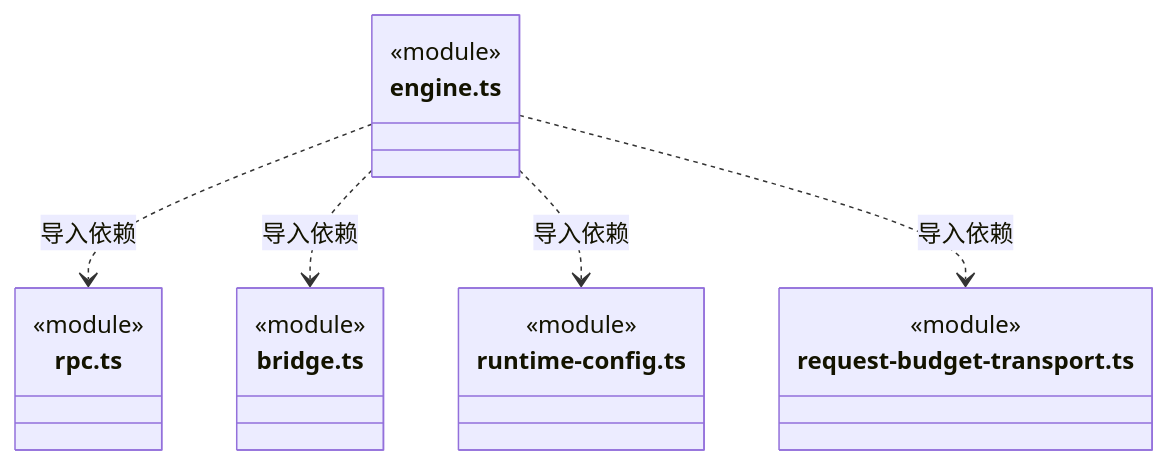
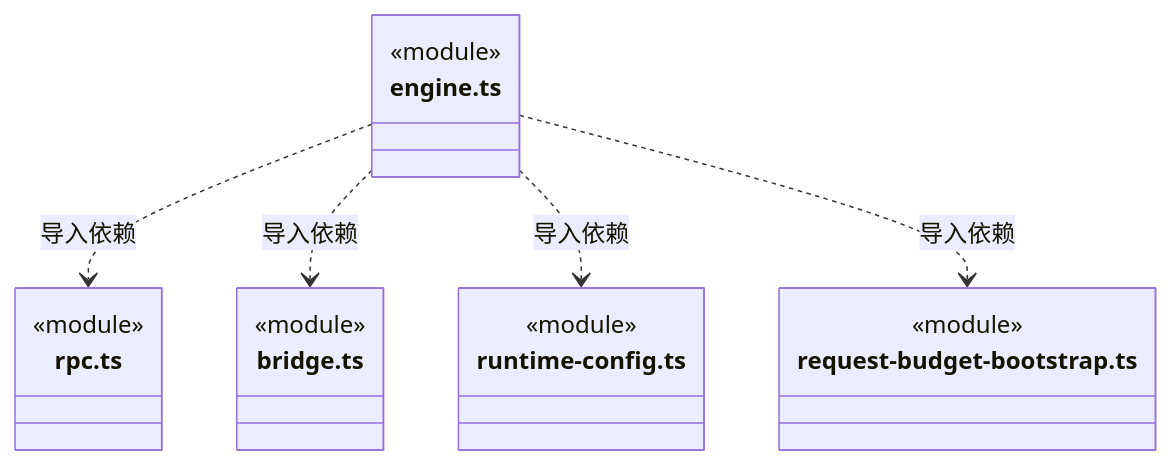
The seventh of 9 diagrams in src/backend/core/brain/pi/ARCHITECTURE.md (nan023062/cbim), drawn with Mermaid before and after one commit. The commit also changed other lines of this file and 216 other files, not shown here.

````diff
--- a/src/backend/core/brain/pi/ARCHITECTURE.md
+++ b/src/backend/core/brain/pi/ARCHITECTURE.md
@@ -230,22 +167,22 @@
 ```mermaid
 classDiagram
 class N_src_backend_core_brain_pi_engine_ts["engine.ts"] {
   <<module>>
 }
 class N_src_backend_core_brain_pi_rpc_ts["rpc.ts"] {
   <<module>>
 }
 class N_src_backend_core_brain_pi_bridge_ts["bridge.ts"] {
   <<module>>
 }
 class N_src_backend_core_brain_pi_runtime_config_ts["runtime-config.ts"] {
   <<module>>
 }
-class N_src_backend_core_brain_pi_request_budget_transport_ts["request-budget-transport.ts"] {
+class N_src_backend_core_brain_pi_request_budget_bootstrap_ts["request-budget-bootstrap.ts"] {
   <<module>>
 }
 N_src_backend_core_brain_pi_engine_ts ..> N_src_backend_core_brain_pi_rpc_ts : 导入依赖
 N_src_backend_core_brain_pi_engine_ts ..> N_src_backend_core_brain_pi_bridge_ts : 导入依赖
 N_src_backend_core_brain_pi_engine_ts ..> N_src_backend_core_brain_pi_runtime_config_ts : 导入依赖
-N_src_backend_core_brain_pi_engine_ts ..> N_src_backend_core_brain_pi_request_budget_transport_ts : 导入依赖
+N_src_backend_core_brain_pi_engine_ts ..> N_src_backend_core_brain_pi_request_budget_bootstrap_ts : 导入依赖
 ```
````
